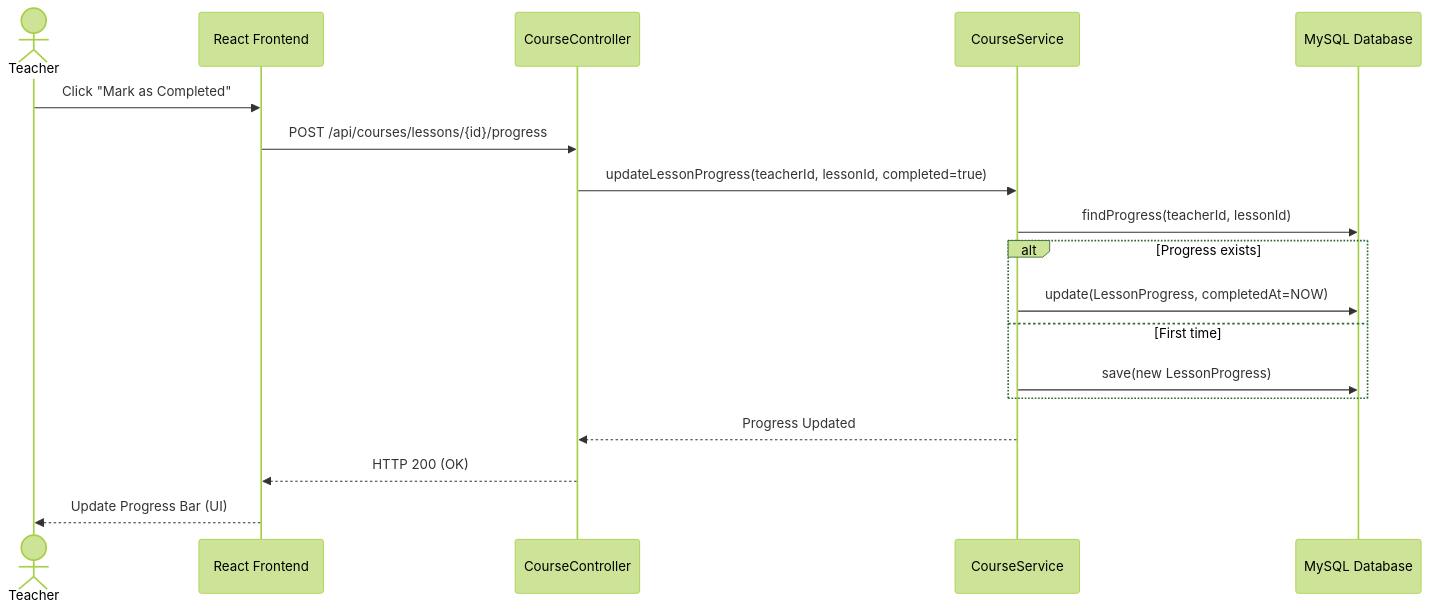
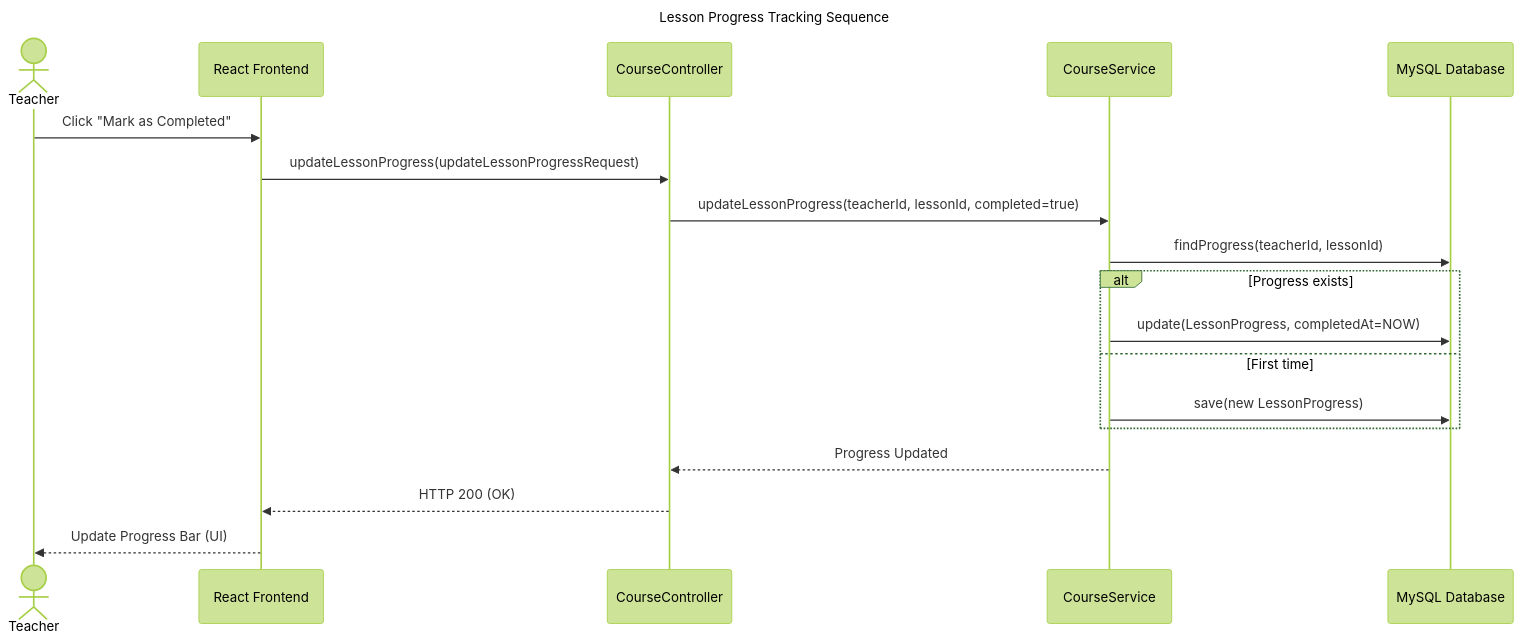
The third of 6 diagrams in uml_diagrams/sprint_3_sequences.md (chbichibsofiene/inspector), drawn with Mermaid (forest theme) before and after one commit. The commit also changed other lines of this file and 41 other files, not shown here.

Commit message:
feat: Sprint 4 - Communication & Analytics | updated UML diagrams, class diagrams (StarUML), Messenger service fixes, Docker configs, and documentation

````diff
--- a/uml_diagrams/sprint_3_sequences.md
+++ b/uml_diagrams/sprint_3_sequences.md
@@ -96,23 +97,25 @@
 ```mermaid
 sequenceDiagram
+title Lesson Progress Tracking Sequence
     actor TCH as Teacher
     participant FE as React Frontend
     participant LC as CourseController
     participant LS as CourseService
     participant DB as MySQL Database
 
     TCH->>FE: Click "Mark as Completed"
-    FE->>LC: POST /api/courses/lessons/{id}/progress
+    FE->>LC: updateLessonProgress(updateLessonProgressRequest)
     LC->>LS: updateLessonProgress(teacherId, lessonId, completed=true)
     
     LS->>DB: findProgress(teacherId, lessonId)
+    
     alt Progress exists
         LS->>DB: update(LessonProgress, completedAt=NOW)
     else First time
         LS->>DB: save(new LessonProgress)
     end
     
     LS-->>LC: Progress Updated
     LC-->>FE: HTTP 200 (OK)
     FE-->>TCH: Update Progress Bar (UI)
 ```
````
